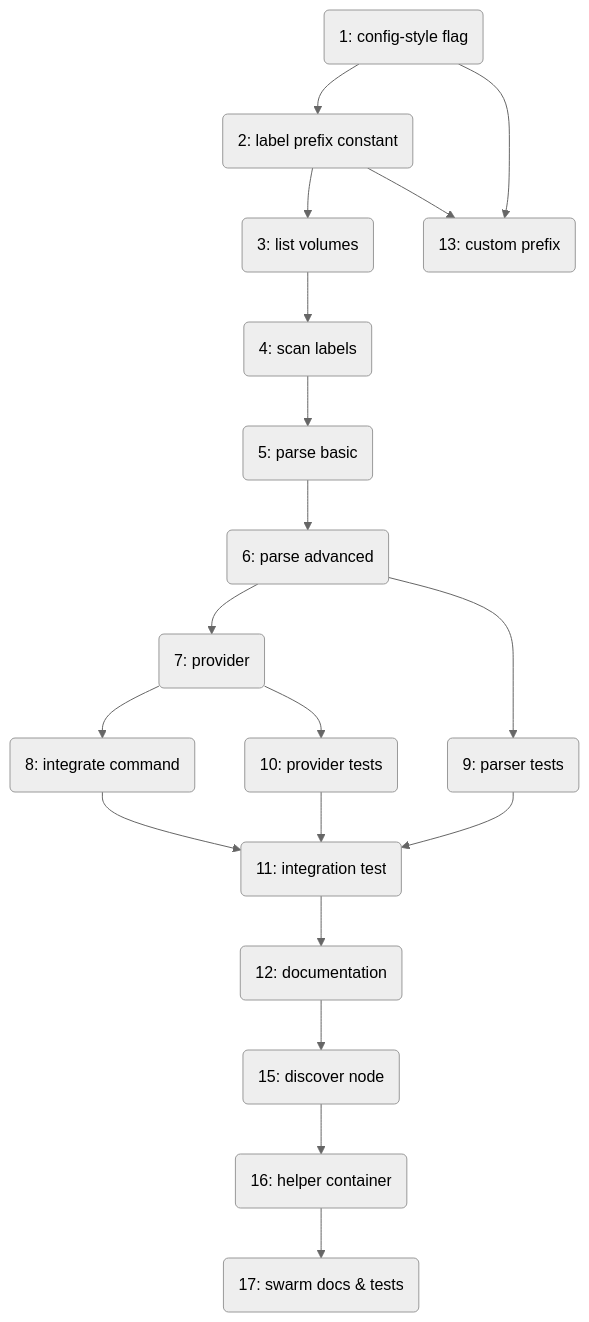
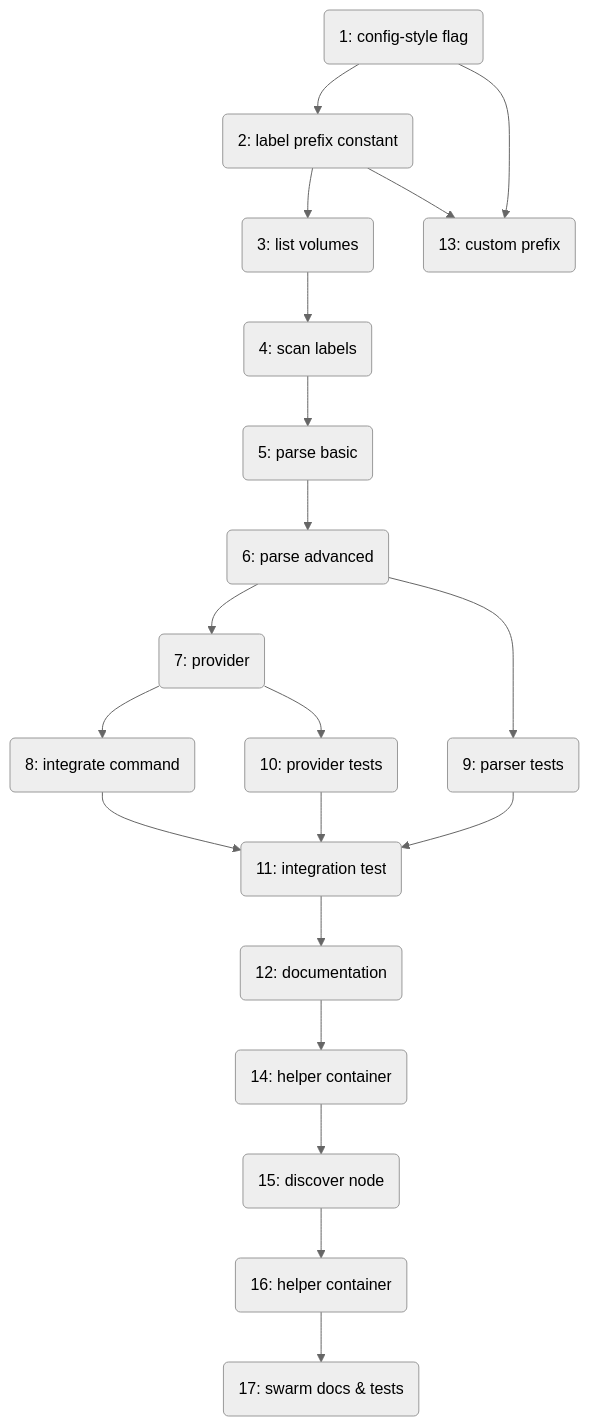
The diagram in ISSUE_PLAN.md (simone-viozzi/docker-volume-backup), drawn with Mermaid (neutral theme) before and after one commit. The commit also changed other lines of this file, not shown here.

Commit message:
Add issue for local helper container

````diff
--- a/ISSUE_PLAN.md
+++ b/ISSUE_PLAN.md
@@ -188,21 +200,22 @@
 ```mermaid
 graph TD
     I1("1: config-style flag") --> I2("2: label prefix constant")
     I2 --> I3("3: list volumes")
     I3 --> I4("4: scan labels")
     I4 --> I5("5: parse basic")
     I5 --> I6("6: parse advanced")
     I6 --> I7("7: provider")
     I7 --> I8("8: integrate command")
     I6 --> I9("9: parser tests")
     I7 --> I10("10: provider tests")
     I8 --> I11("11: integration test")
     I9 --> I11
     I10 --> I11
     I11 --> I12("12: documentation")
     I1 --> I13("13: custom prefix")
     I2 --> I13
-    I12 --> I15("15: discover node")
+    I12 --> I14("14: helper container")
+    I14 --> I15("15: discover node")
     I15 --> I16("16: helper container")
     I16 --> I17("17: swarm docs & tests")
 ```
````
